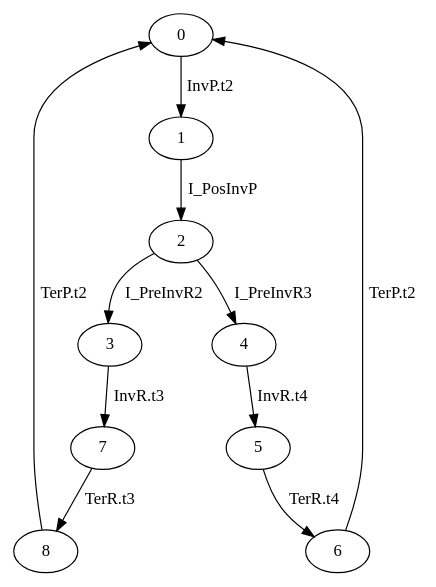
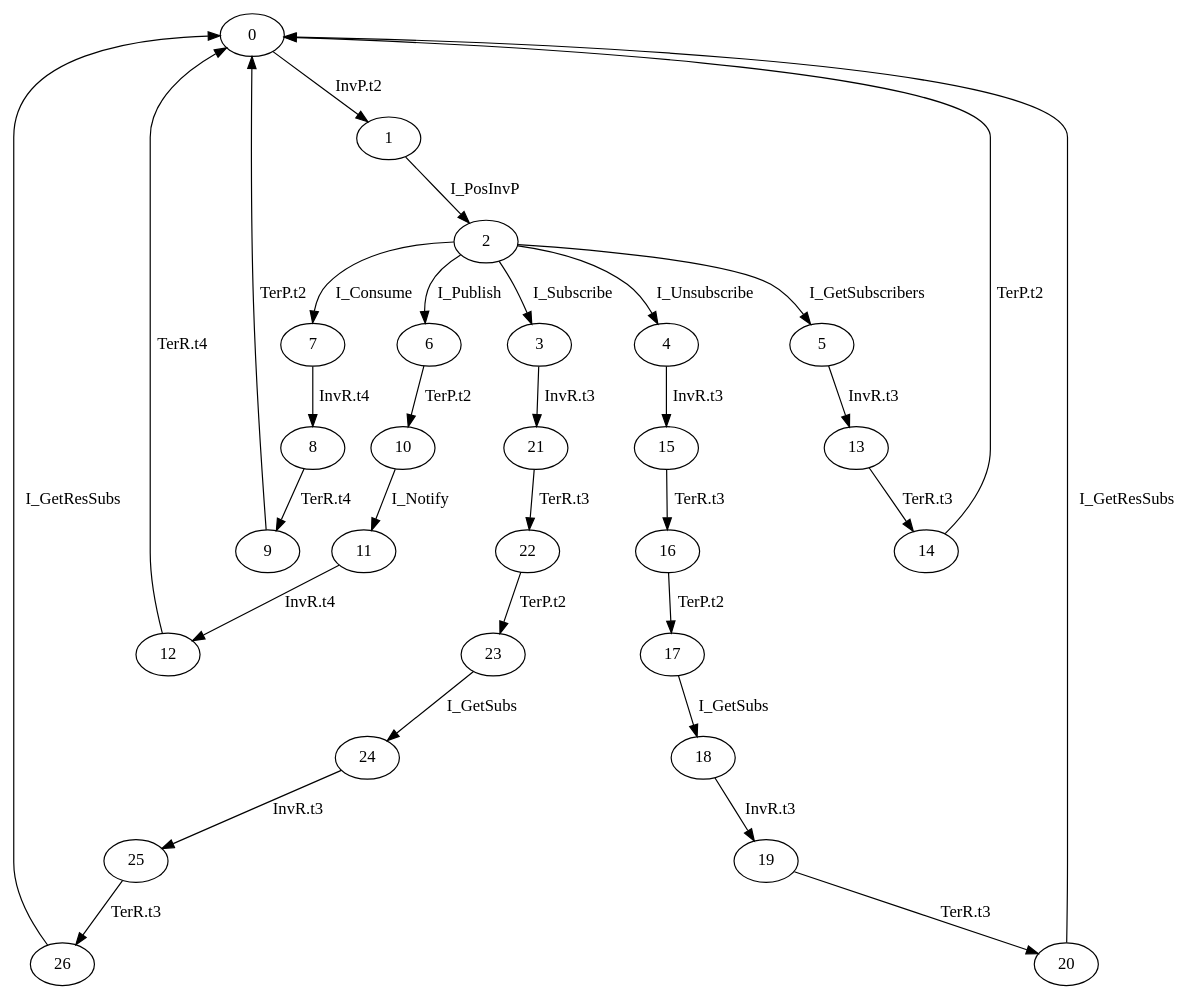
The diagram in src/cspspecs/QueueServer/ENGINE.dot (nsrosa70/midarch-go-v13), drawn with Graphviz before and after one commit. The commit also changed 13 other files, not shown here.

```diff
--- a/src/cspspecs/QueueServer/ENGINE.dot
+++ b/src/cspspecs/QueueServer/ENGINE.dot
@@ -1,12 +1,33 @@
 digraph G {
   0 -> 1 [ label="InvP.t2" ];
   1 -> 2 [ label="I_PosInvP" ];
-  2 -> 3 [ label="I_PreInvR2" ];
-  2 -> 4 [ label="I_PreInvR3" ];
-  3 -> 7 [ label="InvR.t3" ];
-  4 -> 5 [ label="InvR.t4" ];
-  5 -> 6 [ label="TerR.t4" ];
-  6 -> 0 [ label="TerP.t2" ];
-  7 -> 8 [ label="TerR.t3" ];
-  8 -> 0 [ label="TerP.t2" ];
+  2 -> 7 [ label="I_Consume" ];
+  2 -> 6 [ label="I_Publish" ];
+  2 -> 5 [ label="I_GetSubscribers" ];
+  2 -> 3 [ label="I_Subscribe" ];
+  2 -> 4 [ label="I_Unsubscribe" ];
+  3 -> 21 [ label="InvR.t3" ];
+  4 -> 15 [ label="InvR.t3" ];
+  5 -> 13 [ label="InvR.t3" ];
+  6 -> 10 [ label="TerP.t2" ];
+  7 -> 8 [ label="InvR.t4" ];
+  8 -> 9 [ label="TerR.t4" ];
+  9 -> 0 [ label="TerP.t2" ];
+  10 -> 11 [ label="I_Notify" ];
+  11 -> 12 [ label="InvR.t4" ];
+  12 -> 0 [ label="TerR.t4" ];
+  13 -> 14 [ label="TerR.t3" ];
+  14 -> 0 [ label="TerP.t2" ];
+  15 -> 16 [ label="TerR.t3" ];
+  16 -> 17 [ label="TerP.t2" ];
+  17 -> 18 [ label="I_GetSubs" ];
+  18 -> 19 [ label="InvR.t3" ];
+  19 -> 20 [ label="TerR.t3" ];
+  20 -> 0 [ label="I_GetResSubs" ];
+  21 -> 22 [ label="TerR.t3" ];
+  22 -> 23 [ label="TerP.t2" ];
+  23 -> 24 [ label="I_GetSubs" ];
+  24 -> 25 [ label="InvR.t3" ];
+  25 -> 26 [ label="TerR.t3" ];
+  26 -> 0 [ label="I_GetResSubs" ];
 }
```
